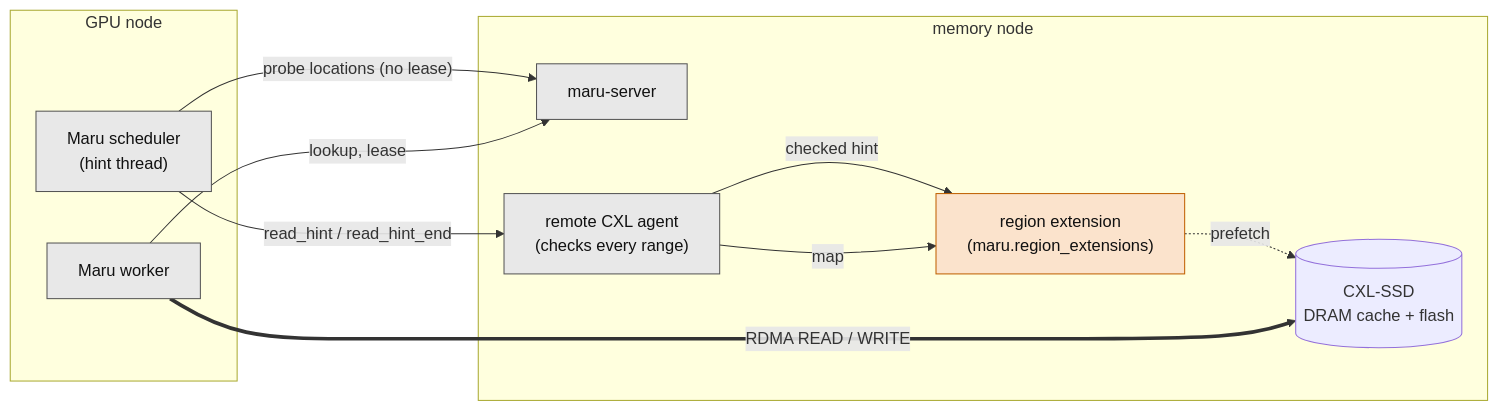
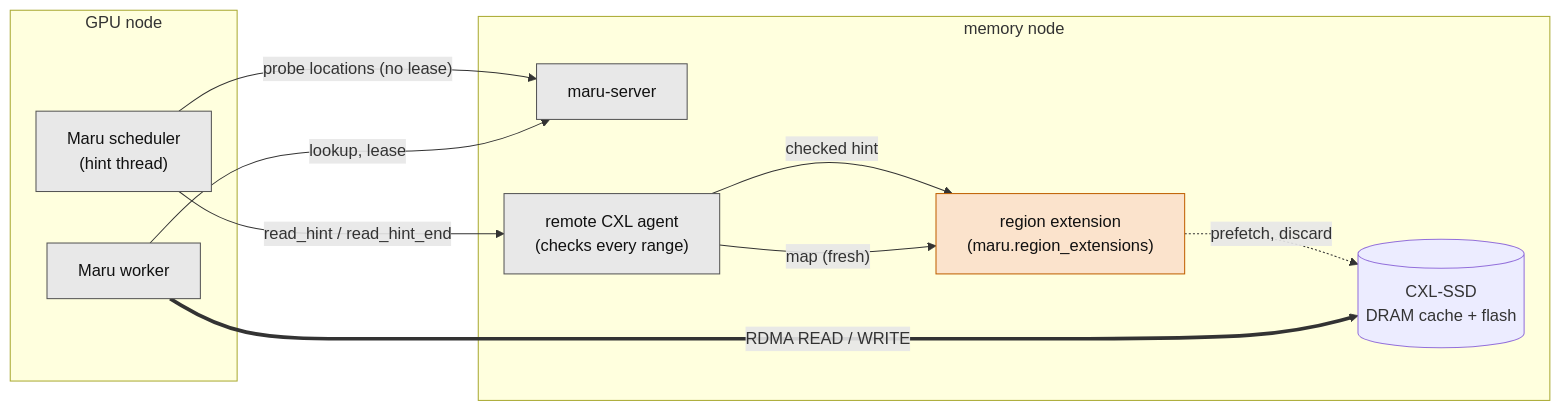
One commit to xcena-dev/maru changed the first of 2 diagrams in docs/source/design_doc/read_hints.md. Above: the diagram before and after it, drawn with Mermaid. The commit also changed other lines of this file and 1 other file, not shown here.

Commit message:
docs: fresh region maps and memory resets

````diff
--- a/docs/source/design_doc/read_hints.md
+++ b/docs/source/design_doc/read_hints.md
@@ -21,24 +21,24 @@
 ```mermaid
 flowchart LR
   subgraph gpu["GPU node"]
     sch["Maru scheduler<br/>(hint thread)"]
     wrk["Maru worker"]
   end
   subgraph mem["memory node"]
     ms["maru-server"]
     ag["remote CXL agent<br/>(checks every range)"]
     ext["region extension<br/>(maru.region_extensions)"]
     dev[("CXL-SSD<br/>DRAM cache + flash")]
   end
   sch -->|"probe locations (no lease)"| ms
   sch -->|"read_hint / read_hint_end"| ag
   ag -->|"checked hint"| ext
-  ag -->|"map"| ext
-  ext -.->|"prefetch"| dev
+  ag -->|"map (fresh)"| ext
+  ext -.->|"prefetch, discard"| dev
   wrk -->|"lookup, lease"| ms
   wrk ==>|"RDMA READ / WRITE"| dev
   classDef maru fill:#e8e8e8,stroke:#555,color:#111
   classDef pkg fill:#fbe3cc,stroke:#c06000,color:#111
   class sch,wrk,ms,ag maru
   class ext pkg
 ```
````
